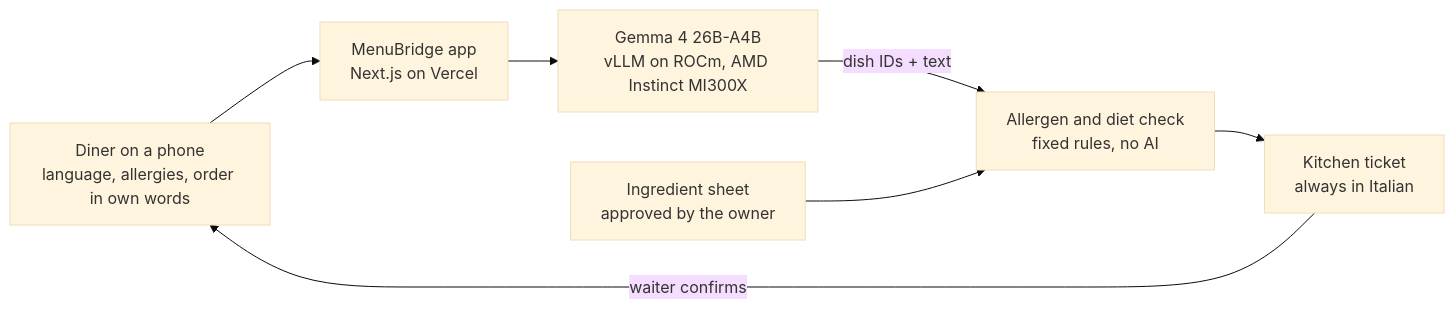
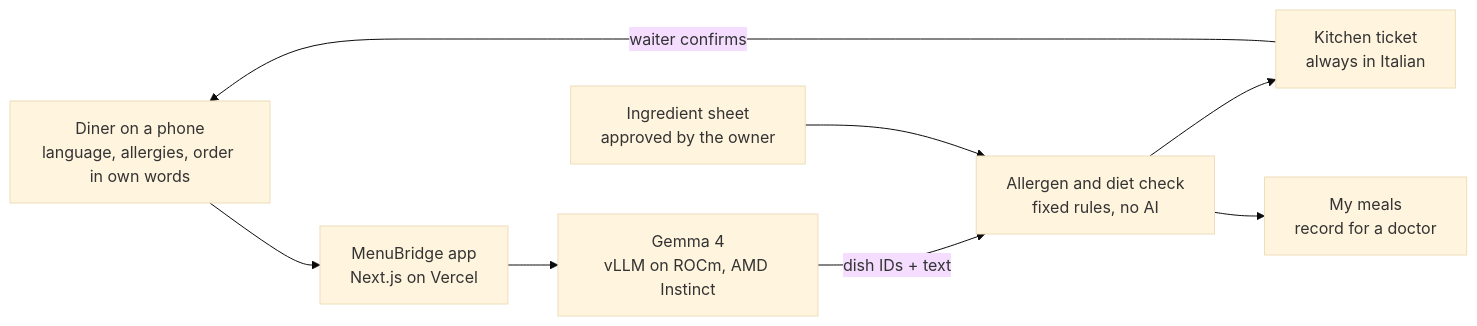
The diagram in README.md (feedddosever/amdgimmemyaccess), drawn with Mermaid (base theme) before and after one commit. The commit also changed other lines of this file and 2 other files, not shown here.

````diff
--- a/README.md
+++ b/README.md
@@ -18,9 +71,10 @@
 ```mermaid
 flowchart LR
   D["Diner on a phone<br/>language, allergies, order in own words"] --> A["MenuBridge app<br/>Next.js on Vercel"]
-  A --> G["Gemma 4 26B-A4B<br/>vLLM on ROCm, AMD Instinct MI300X"]
+  A --> G["Gemma 4<br/>vLLM on ROCm, AMD Instinct"]
   G -- "dish IDs + text" --> C["Allergen and diet check<br/>fixed rules, no AI"]
   S["Ingredient sheet<br/>approved by the owner"] --> C
   C --> K["Kitchen ticket<br/>always in Italian"]
   K -- "waiter confirms" --> D
+  C --> M["My meals<br/>record for a doctor"]
 ```
````
